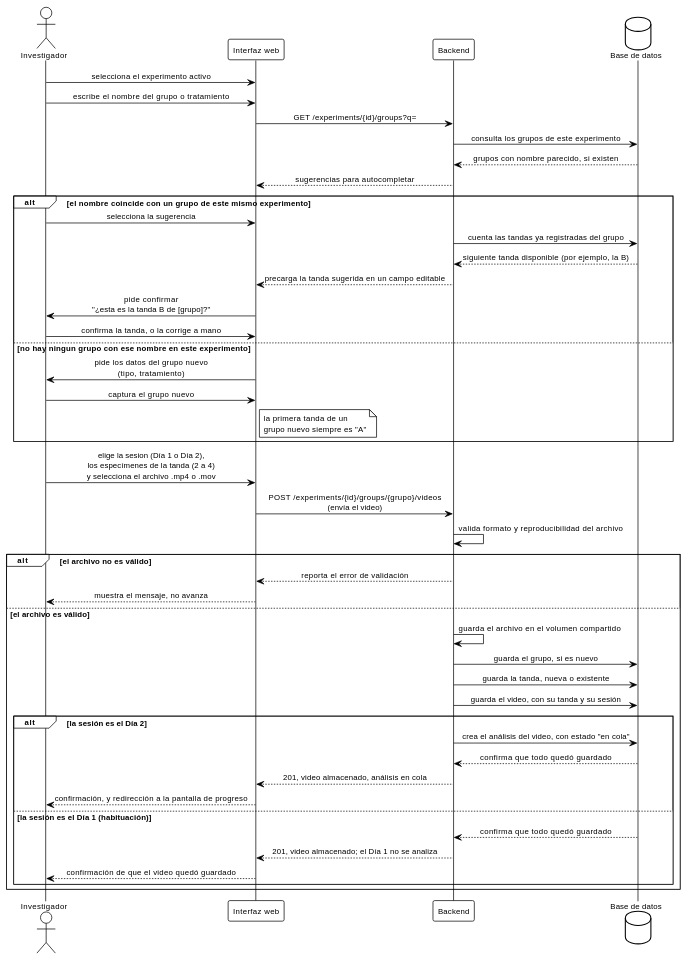
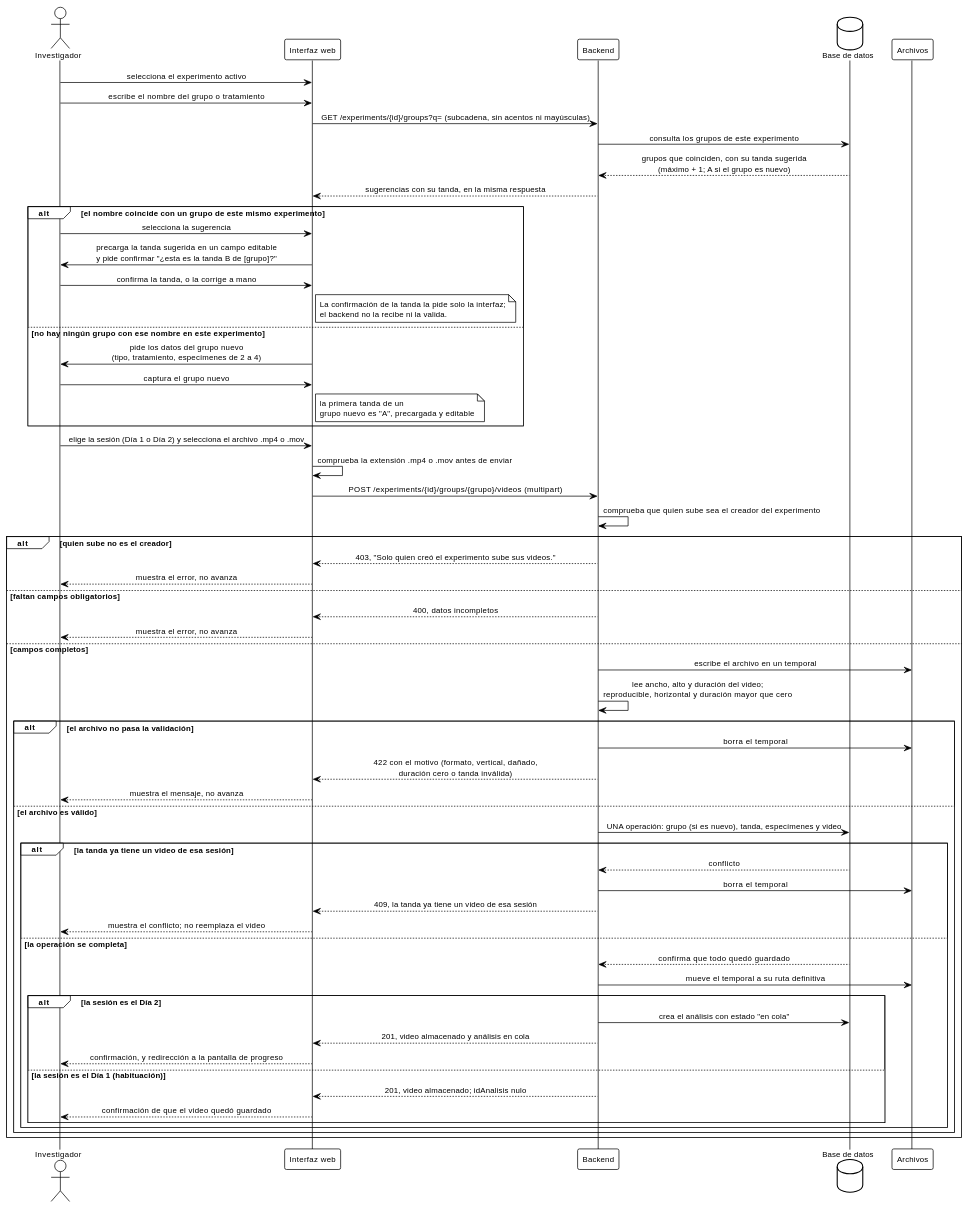
One commit to ErickJester/fst-ai-system-latex changed diagram 30 of 39 in INSTRUCCIONES-WEB.md. Above: the diagram before and after it, drawn with PlantUML. The commit also changed other lines of this file and 89 other files, not shown here.

````diff
--- a/INSTRUCCIONES-WEB.md
+++ b/INSTRUCCIONES-WEB.md
@@ -2617,63 +2719,111 @@
 ```plantuml
 @startuml seq_carga_video
+' ================================================================
+'  Copia técnica de diagramas/seq_carga_video.puml (guía web).
+'  Conserva códigos HTTP, rutas y nombres de archivo.
+'  Base de datos FST | TT 2026-B066 | ESCOM-IPN
+' ----------------------------------------------------------------
+'  Cubre CU-05 "Subir video" (RF-08, RF-09, RF-10, RF-12, RN-02,
+'  RN-10) más la inferencia de tanda (D-19).
+'
+'  - Búsqueda: GET por subcadena en nombre y tratamiento, sin acentos
+'    ni mayúsculas; la respuesta trae la tanda sugerida (máximo + 1;
+'    A si el grupo es nuevo). Sin segunda llamada.
+'  - Orden: archivo temporal -> lectura de datos técnicos (ancho,
+'    alto, duración) -> una sola operación (grupo, tanda, especímenes,
+'    video) -> mover el temporal a su ruta definitiva -> análisis
+'    "en cola" (solo Día 2). Si algo falla, se borran el temporal y
+'    el archivo ya movido.
+'  - Solo el creador del experimento sube sus videos.
+'  - Códigos: 404 experimento inexistente; 403 quien sube no es el
+'    creador; 400 falta etiqueta, archivo o sesión; 422 etiqueta
+'    > 100, extensión, tanda nueva sin 2 a 4 cilindros, tanda fuera
+'    de A-Z, duración cero o ilegible, vertical; 409 la tanda ya tiene
+'    video de esa sesión (no hay reemplazo: para sustituir, borrar la
+'    tanda).
+'
+'  Generar:
+'      java -jar plantuml.jar -tpng diagramas/guia_web/seq_carga_video.puml
+' ================================================================
+
 !theme plain
 skinparam defaultFontName Arial
 skinparam defaultFontSize 11
 skinparam shadowing false
 skinparam sequenceMessageAlign center
 skinparam BoxPadding 10
+
 actor Investigador as inv
 participant "Interfaz web" as ui
 participant Backend as api
 database "Base de datos" as db
+participant "Archivos" as fs
 
 inv -> ui: selecciona el experimento activo
 inv -> ui: escribe el nombre del grupo o tratamiento
 
-ui -> api: GET /experiments/{id}/groups?q=
+ui -> api: GET /experiments/{id}/groups?q= (subcadena, sin acentos ni mayúsculas)
 api -> db: consulta los grupos de este experimento
-db --> api: grupos con nombre parecido, si existen
-api --> ui: sugerencias para autocompletar
+db --> api: grupos que coinciden, con su tanda sugerida\n(máximo + 1; A si el grupo es nuevo)
+api --> ui: sugerencias con su tanda, en la misma respuesta
 
 alt el nombre coincide con un grupo de este mismo experimento
   inv -> ui: selecciona la sugerencia
-  api -> db: cuenta las tandas ya registradas del grupo
-  db --> api: siguiente tanda disponible (por ejemplo, la B)
-  api --> ui: precarga la tanda sugerida en un campo editable
-  ui -> inv: pide confirmar\n"¿esta es la tanda B de [grupo]?"
+  ui -> inv: precarga la tanda sugerida en un campo editable\ny pide confirmar "¿esta es la tanda B de [grupo]?"
   inv -> ui: confirma la tanda, o la corrige a mano
-else no hay ningun grupo con ese nombre en este experimento
-  ui -> inv: pide los datos del grupo nuevo\n(tipo, tratamiento)
+  note right of ui
+    La confirmación de la tanda la pide solo la interfaz;
+    el backend no la recibe ni la valida.
+  end note
+else no hay ningún grupo con ese nombre en este experimento
+  ui -> inv: pide los datos del grupo nuevo\n(tipo, tratamiento, especímenes de 2 a 4)
   inv -> ui: captura el grupo nuevo
   note right of ui
     la primera tanda de un
-    grupo nuevo siempre es "A"
+    grupo nuevo es "A", precargada y editable
   end note
 end
 
-inv -> ui: elige la sesion (Día 1 o Día 2),\nlos especímenes de la tanda (2 a 4)\ny selecciona el archivo .mp4 o .mov
-ui -> api: POST /experiments/{id}/groups/{grupo}/videos\n(envía el video)
+inv -> ui: elige la sesión (Día 1 o Día 2) y selecciona el archivo .mp4 o .mov
+ui -> ui: comprueba la extensión .mp4 o .mov antes de enviar
+ui -> api: POST /experiments/{id}/groups/{grupo}/videos (multipart)
 
-api -> api: valida formato y reproducibilidad del archivo
+api -> api: comprueba que quien sube sea el creador del experimento
+alt quien sube no es el creador
+  api --> ui: 403, "Solo quien creó el experimento sube sus videos."
+  ui --> inv: muestra el error, no avanza
+else faltan campos obligatorios
+  api --> ui: 400, datos incompletos
+  ui --> inv: muestra el error, no avanza
+else campos completos
+  api -> fs: escribe el archivo en un temporal
+  api -> api: lee ancho, alto y duración del video;\nreproducible, horizontal y duración mayor que cero
 
-alt el archivo no es válido
-  api --> ui: reporta el error de validación
-  ui --> inv: muestra el mensaje, no avanza
-else el archivo es válido
-  api -> api: guarda el archivo en el volumen compartido
-  api -> db: guarda el grupo, si es nuevo
-  api -> db: guarda la tanda, nueva o existente
-  api -> db: guarda el video, con su tanda y su sesión
-  alt la sesión es el Día 2
-    api -> db: crea el análisis del video, con estado "en cola"
-    db --> api: confirma que todo quedó guardado
-    api --> ui: 201, video almacenado, análisis en cola
-    ui --> inv: confirmación, y redirección a la pantalla de progreso
-  else la sesión es el Día 1 (habituación)
-    db --> api: confirma que todo quedó guardado
-    api --> ui: 201, video almacenado; el Día 1 no se analiza
-    ui --> inv: confirmación de que el video quedó guardado
+  alt el archivo no pasa la validación
+    api -> fs: borra el temporal
+    api --> ui: 422 con el motivo (formato, vertical, dañado,\nduración cero o tanda inválida)
+    ui --> inv: muestra el mensaje, no avanza
+  else el archivo es válido
+    api -> db: UNA operación: grupo (si es nuevo), tanda, especímenes y video
+    alt la tanda ya tiene un video de esa sesión
+      db --> api: conflicto
+      api -> fs: borra el temporal
+      api --> ui: 409, la tanda ya tiene un video de esa sesión
+      ui --> inv: muestra el conflicto; no reemplaza el video
+    else la operación se completa
+      db --> api: confirma que todo quedó guardado
+      api -> fs: mueve el temporal a su ruta definitiva
+      alt la sesión es el Día 2
+        api -> db: crea el análisis con estado "en cola"
+        api --> ui: 201, video almacenado y análisis en cola
+        ui --> inv: confirmación, y redirección a la pantalla de progreso
+      else la sesión es el Día 1 (habituación)
+        api --> ui: 201, video almacenado; idAnalisis nulo
+        ui --> inv: confirmación de que el video quedó guardado
+      end
+    end
   end
 end
+
 @enduml
 ```
````
